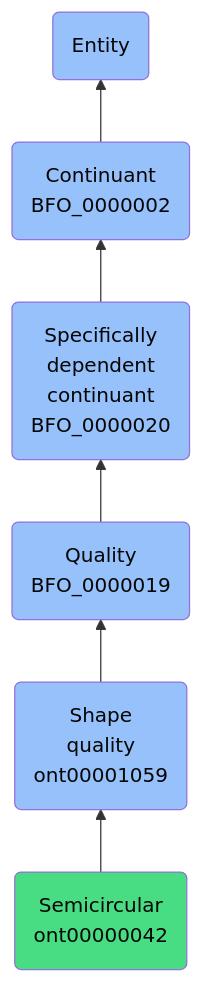
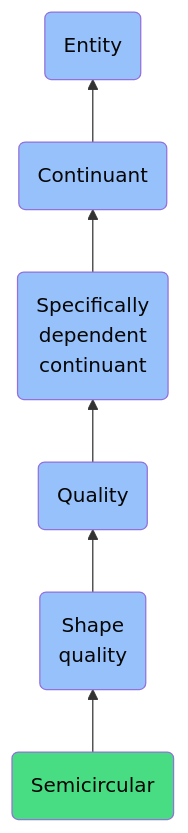
One commit to jupyter-naas/abi changed the diagram in docs/ontology/reference/model/Entity/Continuant/Specifically dependent continuant/Quality/Shape quality/Semicircular/Semicircular.md. Above: the diagram before and after it, drawn with Mermaid. The commit also changed other lines of this file and 1430 other files, not shown here.

````diff
--- a/docs/ontology/reference/model/Entity/Continuant/Specifically dependent continuant/Quality/Shape quality/Semicircular/Semicircular.md
+++ b/docs/ontology/reference/model/Entity/Continuant/Specifically dependent continuant/Quality/Shape quality/Semicircular/Semicircular.md
@@ -24,13 +24,13 @@
 ```mermaid
 graph BT
-    ont00000042(Semicircular<br>ont00000042):::ABI-->ont00001059
-    ont00001059(Shape<br>quality<br>ont00001059):::BFO-->BFO_0000019
-    BFO_0000019(Quality<br>BFO_0000019):::BFO-->BFO_0000020
-    BFO_0000020(Specifically<br>dependent<br>continuant<br>BFO_0000020):::BFO-->BFO_0000002
-    BFO_0000002(Continuant<br>BFO_0000002):::BFO-->BFO_0000001
+    ont00000042(Semicircular):::ABI-->ont00001059
+    ont00001059(Shape<br>quality):::BFO-->BFO_0000019
+    BFO_0000019(Quality):::BFO-->BFO_0000020
+    BFO_0000020(Specifically<br>dependent<br>continuant):::BFO-->BFO_0000002
+    BFO_0000002(Continuant):::BFO-->BFO_0000001
     BFO_0000001(Entity):::BFO
     
     classDef BFO fill:#97c1fb,color:#060606
     classDef CCO fill:#e4c51e,color:#060606
     classDef ABI fill:#48DD82,color:#060606
 ```
````
